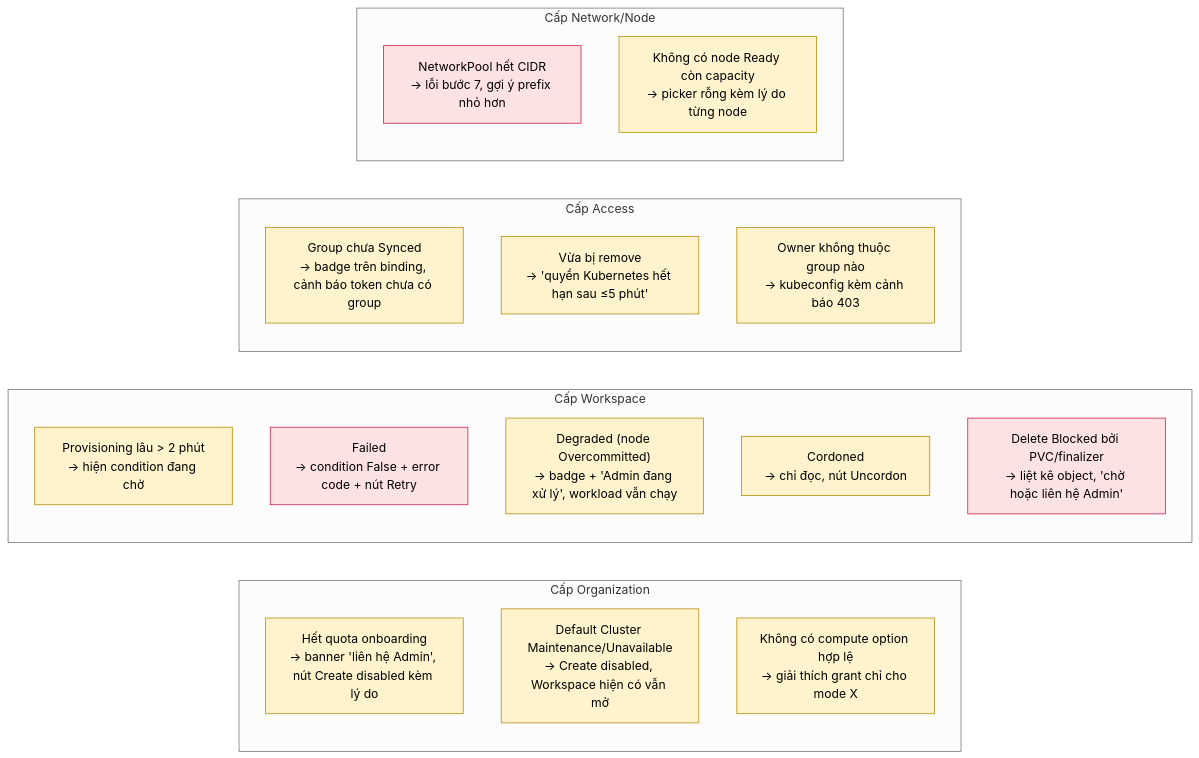
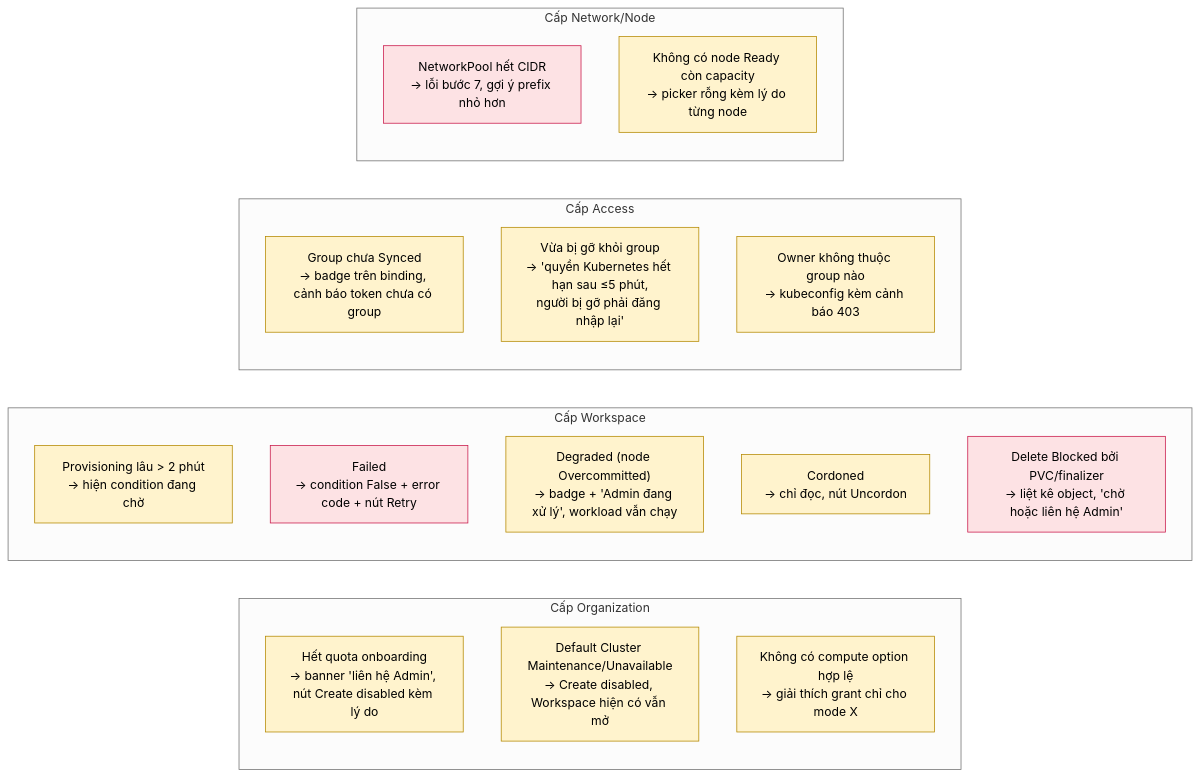
One commit to thaihoc1310/tenantry changed the fifth of 6 diagrams in docs/architecture/07-ux-wireflow.md. Above: the diagram before and after it, drawn with Mermaid (neutral theme). The commit also changed other lines of this file and 12 other files, not shown here.

````diff
--- a/docs/architecture/07-ux-wireflow.md
+++ b/docs/architecture/07-ux-wireflow.md
@@ -176,28 +181,28 @@
 ```mermaid
 flowchart LR
   classDef ok fill:#e2f0d9,stroke:#2d6a4f,color:#000
   classDef warn fill:#fff3cd,stroke:#b58900,color:#000
   classDef bad fill:#fde2e4,stroke:#c9184a,color:#000
 
   subgraph Org["Cấp Organization"]
     O1["Hết quota onboarding<br/>→ banner 'liên hệ Admin', nút Create disabled kèm lý do"]:::warn
     O2["Default Cluster Maintenance/Unavailable<br/>→ Create disabled, Workspace hiện có vẫn mở"]:::warn
     O3["Không có compute option hợp lệ<br/>→ giải thích grant chỉ cho mode X"]:::warn
   end
   subgraph WS["Cấp Workspace"]
     W1["Provisioning lâu > 2 phút<br/>→ hiện condition đang chờ"]:::warn
     W2["Failed<br/>→ condition False + error code + nút Retry"]:::bad
     W3["Degraded (node Overcommitted)<br/>→ badge + 'Admin đang xử lý', workload vẫn chạy"]:::warn
     W4["Cordoned<br/>→ chỉ đọc, nút Uncordon"]:::warn
     W5["Delete Blocked bởi PVC/finalizer<br/>→ liệt kê object, 'chờ hoặc liên hệ Admin'"]:::bad
   end
   subgraph Acc["Cấp Access"]
     A1["Group chưa Synced<br/>→ badge trên binding, cảnh báo token chưa có group"]:::warn
-    A2["Vừa bị remove<br/>→ 'quyền Kubernetes hết hạn sau ≤5 phút'"]:::warn
+    A2["Vừa bị gỡ khỏi group<br/>→ 'quyền Kubernetes hết hạn sau ≤5 phút,<br/>người bị gỡ phải đăng nhập lại'"]:::warn
     A3["Owner không thuộc group nào<br/>→ kubeconfig kèm cảnh báo 403"]:::warn
   end
   subgraph Net["Cấp Network/Node"]
     N1["NetworkPool hết CIDR<br/>→ lỗi bước 7, gợi ý prefix nhỏ hơn"]:::bad
     N2["Không có node Ready còn capacity<br/>→ picker rỗng kèm lý do từng node"]:::warn
   end
 ```
````
